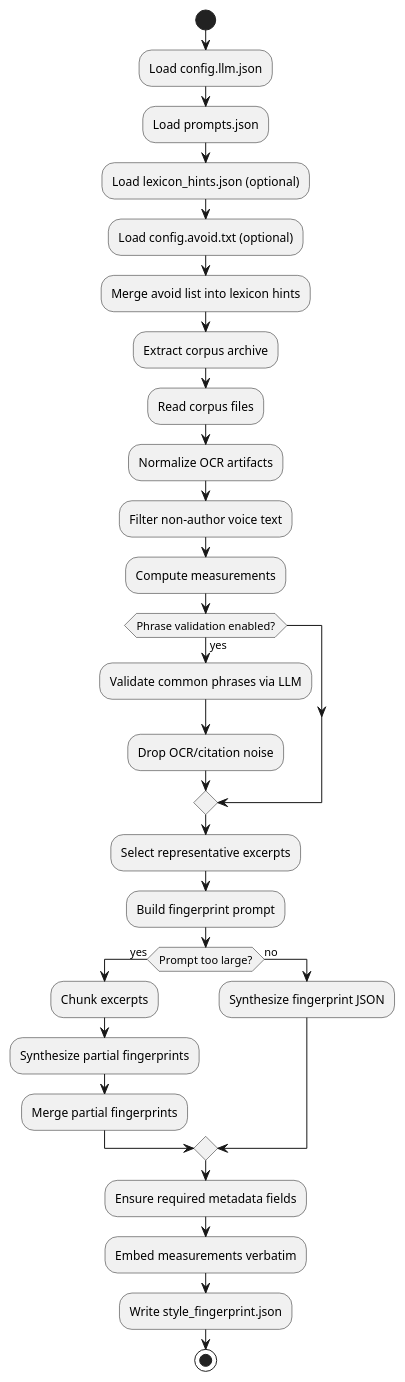
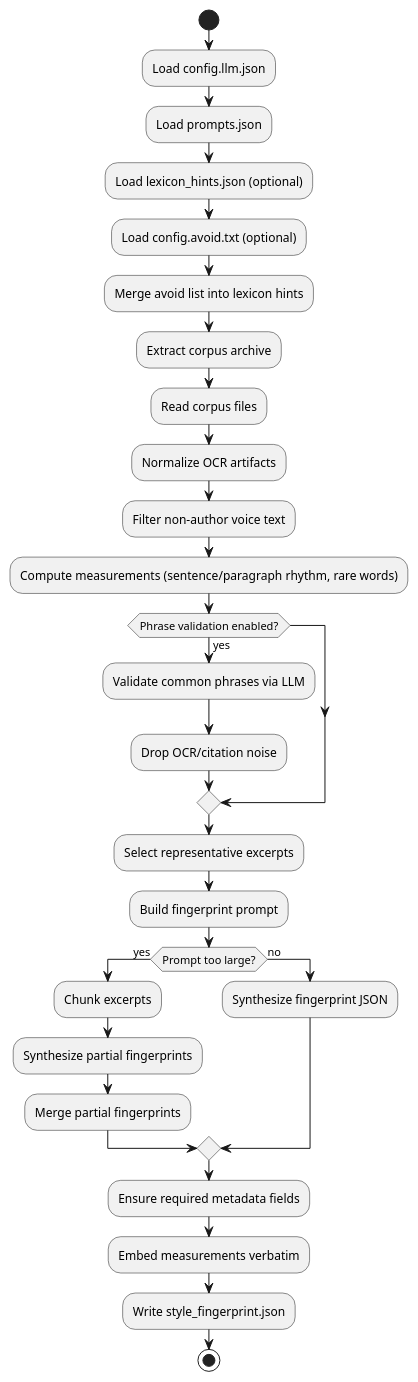
The second of 3 diagrams in UML-Fingerprint.md (ngpepin/stylometric-transfer), drawn with PlantUML before and after one commit. The commit also changed other lines of this file and 7 other files, not shown here.

Commit message:
feat: add rare-word signals and paragraph rhythm measurements to profiling

````diff
--- a/UML-Fingerprint.md
+++ b/UML-Fingerprint.md
@@ -74,37 +74,37 @@
 ```plantuml
 @startuml
 start
 :Load config.llm.json;
 :Load prompts.json;
 :Load lexicon_hints.json (optional);
 :Load config.avoid.txt (optional);
 :Merge avoid list into lexicon hints;
 
 :Extract corpus archive;
 :Read corpus files;
 :Normalize OCR artifacts;
 :Filter non-author voice text;
-:Compute measurements;
+:Compute measurements (sentence/paragraph rhythm, rare words);
 
 if (Phrase validation enabled?) then (yes)
   :Validate common phrases via LLM;
   :Drop OCR/citation noise;
 endif
 
 :Select representative excerpts;
 :Build fingerprint prompt;
 
 if (Prompt too large?) then (yes)
   :Chunk excerpts;
   :Synthesize partial fingerprints;
   :Merge partial fingerprints;
 else (no)
   :Synthesize fingerprint JSON;
 endif
 
 :Ensure required metadata fields;
 :Embed measurements verbatim;
 :Write style_fingerprint.json;
 stop
 @enduml
 ```
````
